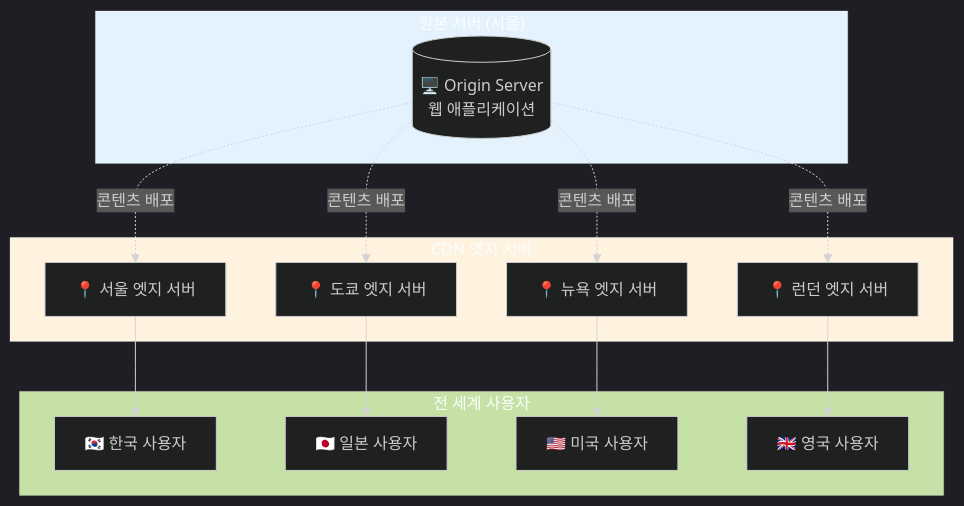
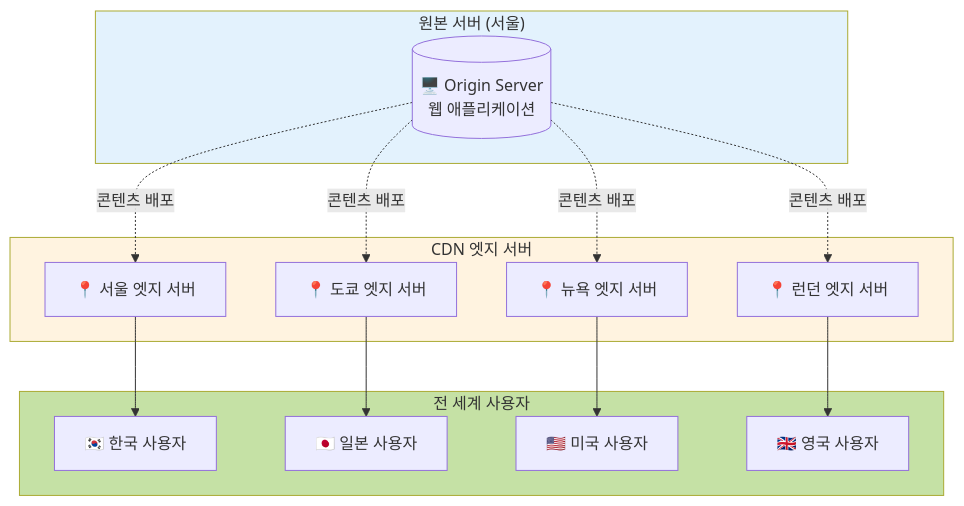
The first of 3 diagrams in apps/devblog/content/posts/cdn.mdx (Cllaude99/cllaude99_labs), drawn with Mermaid before and after one commit. The commit also changed other lines of this file and 4 other files, not shown here.

First line of the commit message:
chore: 포스트에서 Mermaid init directive 수동 설정 제거

````diff
--- a/apps/devblog/content/posts/cdn.mdx
+++ b/apps/devblog/content/posts/cdn.mdx
@@ -24,35 +24,34 @@
 ```mermaid
-%%{init: {'theme':'dark'}}%%
 graph TB
     subgraph Origin["원본 서버 (서울)"]
         OS[("🖥️ Origin Server<br/>웹 애플리케이션")]
     end
 
     subgraph CDN["CDN 엣지 서버"]
         ES1["📍 서울 엣지 서버"]
         ES2["📍 도쿄 엣지 서버"]
         ES3["📍 뉴욕 엣지 서버"]
         ES4["📍 런던 엣지 서버"]
     end
 
     subgraph Users["전 세계 사용자"]
         U1["🇰🇷 한국 사용자"]
         U2["🇯🇵 일본 사용자"]
         U3["🇺🇸 미국 사용자"]
         U4["🇬🇧 영국 사용자"]
     end
 
     OS -.콘텐츠 배포.-> ES1
     OS -.콘텐츠 배포.-> ES2
     OS -.콘텐츠 배포.-> ES3
     OS -.콘텐츠 배포.-> ES4
 
     ES1 --> U1
     ES2 --> U2
     ES3 --> U3
     ES4 --> U4
 
     style Origin fill:#e3f2fd
     style CDN fill:#fff3e0
     style Users fill:#c5e1a5
 ```
````
